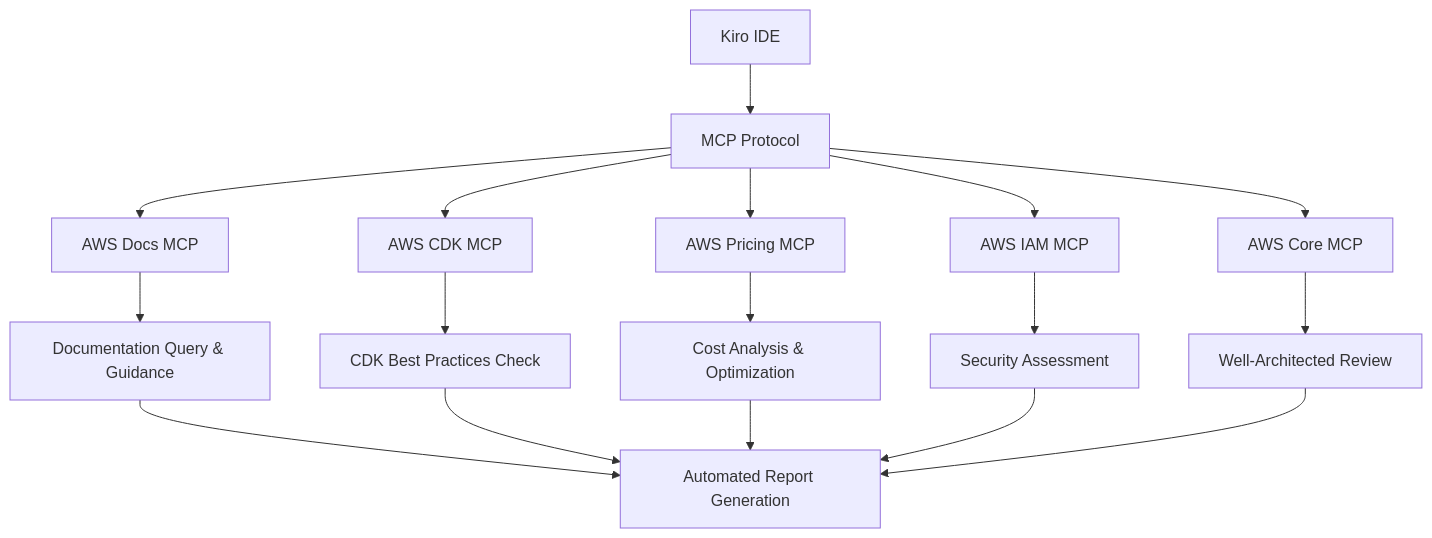
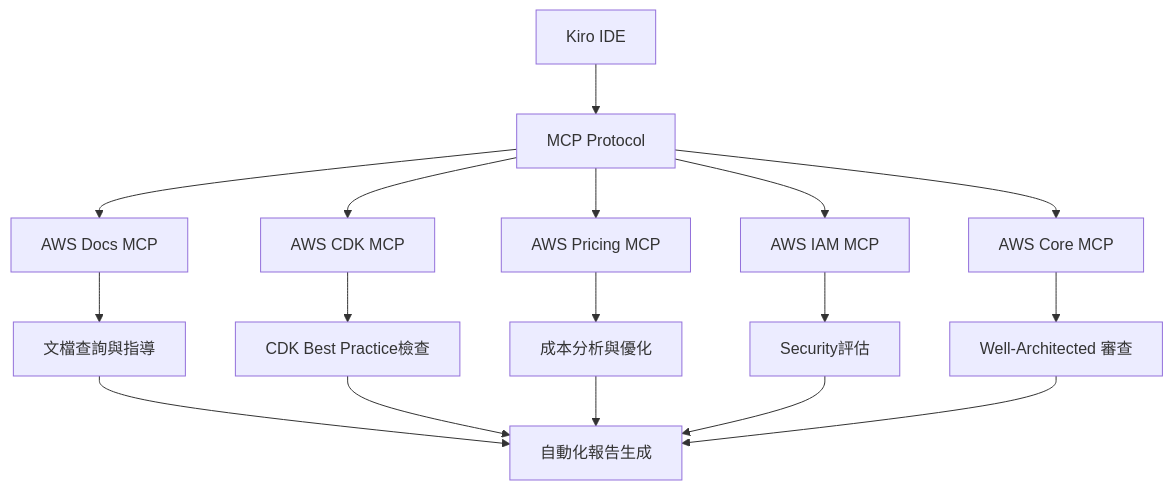
The first of 2 diagrams in docs/en/architecture/mcp-integration-importance.md (humank/genai-demo), drawn with Mermaid before and after one commit. The commit also changed other lines of this file and 583 other files, not shown here.

````diff
--- a/docs/en/architecture/mcp-integration-importance.md
+++ b/docs/en/architecture/mcp-integration-importance.md
@@ -100,21 +101,21 @@
 ```mermaid
 graph TB
     A[Kiro IDE] --> B[MCP Protocol]
     B --> C[AWS Docs MCP]
     B --> D[AWS CDK MCP]
     B --> E[AWS Pricing MCP]
     B --> F[AWS IAM MCP]
     B --> G[AWS Core MCP]
     
-    C --> H[Documentation Query & Guidance]
-    D --> I[CDK Best Practices Check]
-    E --> J[Cost Analysis & Optimization]
-    F --> K[Security Assessment]
-    G --> L[Well-Architected Review]
+    C --> H[文檔查詢與指導]
+    D --> I[CDK Best Practice檢查]
+    E --> J[成本分析與優化]
+    F --> K[Security評估]
+    G --> L[Well-Architected 審查]
     
-    H --> M[Automated Report Generation]
+    H --> M[自動化報告生成]
     I --> M
     J --> M
     K --> M
     L --> M
 ```
````
